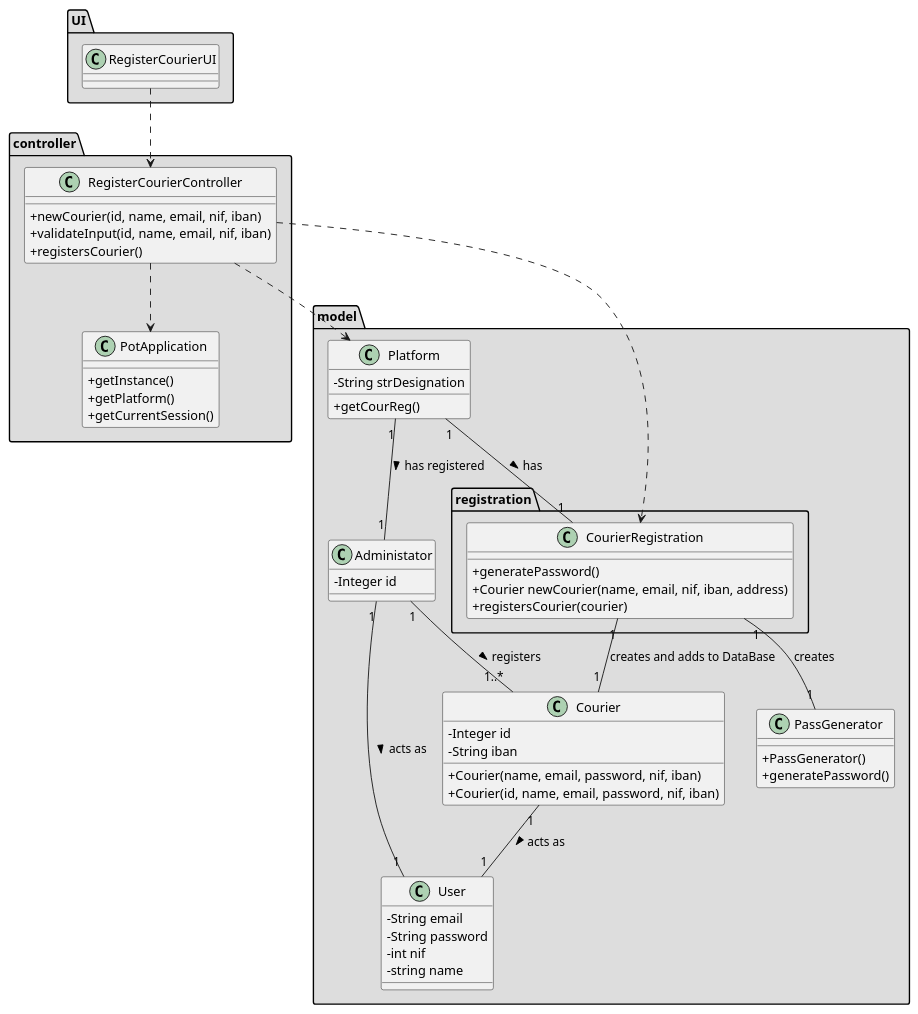
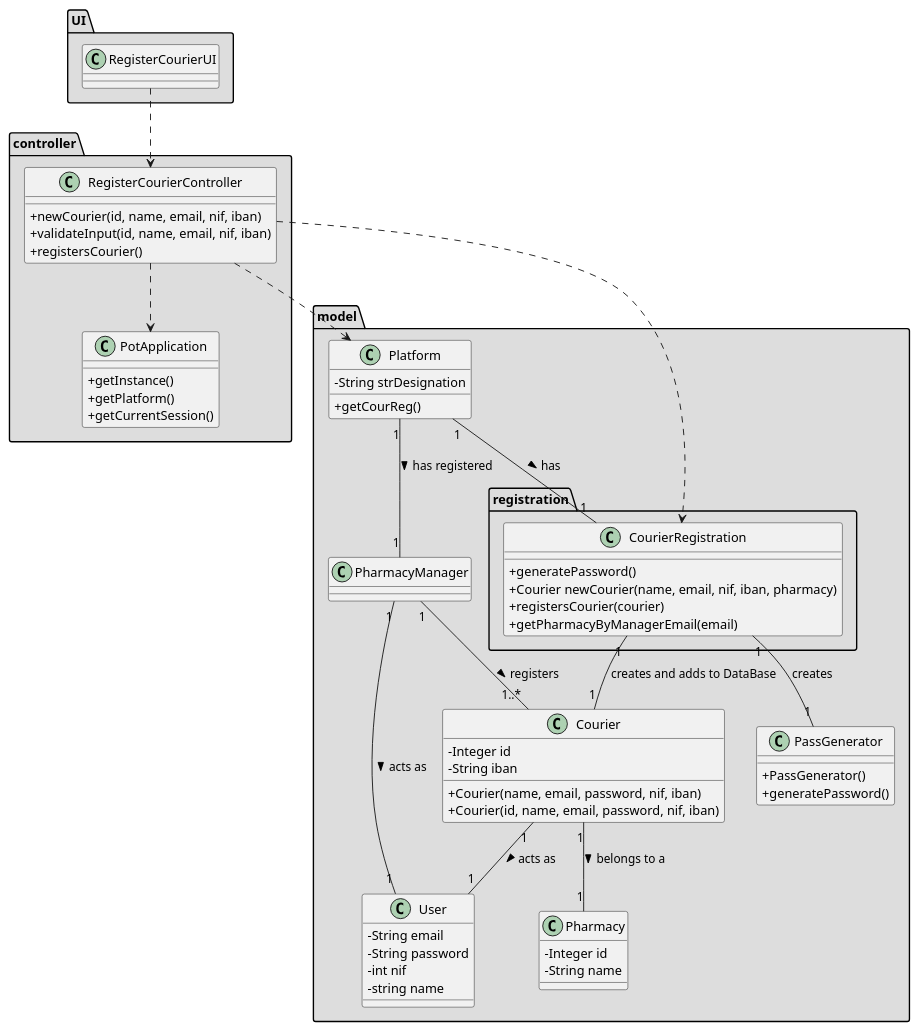
One commit to tiagoavcosta25/LAPR3 changed the diagram in docs/Iteration 1/Courier Management/US19_RegisterCourier/US19_CD.puml. Above: the diagram before and after it, drawn with PlantUML. The commit also changed 10 other files, not shown here.

```diff
--- a/docs/Iteration 1/Courier Management/US19_RegisterCourier/US19_CD.puml
+++ b/docs/Iteration 1/Courier Management/US19_RegisterCourier/US19_CD.puml
@@ -1,82 +1,88 @@
 @startuml
 skinparam classAttributeIconSize 0
 
 package "UI" #DDDDDD{
 class RegisterCourierUI {
     
 }
 }
 package "controller" #DDDDDD{
 class RegisterCourierController {
     
   +newCourier(id, name, email, nif, iban)
   +validateInput(id, name, email, nif, iban)
   +registersCourier()
 }
 class PotApplication
   {
     +getInstance()
     +getPlatform()
     +getCurrentSession()
   }
 
 }
 package "model" #DDDDDD{
 class Platform {
   -String strDesignation
   +getCourReg()
 }
 
 class Courier {
     -Integer id
     -String iban
 
    +Courier(name, email, password, nif, iban)
    +Courier(id, name, email, password, nif, iban)
 
 }
-class Administator {
-      -Integer id
+class PharmacyManager {
 }
 
 class PassGenerator {
    +PassGenerator()
    +generatePassword()
 }
 
+class Pharmacy{
+-Integer id
+-String name
+}
+
 
 package "registration" #DDDDDD{
 class CourierRegistration {
 
   +generatePassword()
-  +Courier newCourier(name, email, nif, iban, address)
+  +Courier newCourier(name, email, nif, iban, pharmacy)
   +registersCourier(courier)
+  +getPharmacyByManagerEmail(email)
 
 }
 }
 class User{
   -String email
   -String password
   -int nif
   -string name
 }
 }
 
 
 Platform "1" -- "1" CourierRegistration: has >
-Platform "1" -- "1" Administator: has registered >
-Administator "1" -- "1..*" Courier: registers >
-Administator "1" -- "1" User: acts as >
+Platform "1" -- "1" PharmacyManager: has registered >
+PharmacyManager "1" -- "1..*" Courier: registers >
+PharmacyManager "1" -- "1" User: acts as >
 Courier "1" -- "1" User: acts as >
+Courier "1" -- "1" Pharmacy: belongs to a >
 
 CourierRegistration "1" -- "1" Courier : creates and adds to DataBase
 CourierRegistration "1" -- "1" PassGenerator : creates
 
 
 RegisterCourierUI ..> RegisterCourierController
 
 RegisterCourierController ..> Platform
 RegisterCourierController ..> CourierRegistration
 RegisterCourierController ..> PotApplication
 
 @enduml
```
